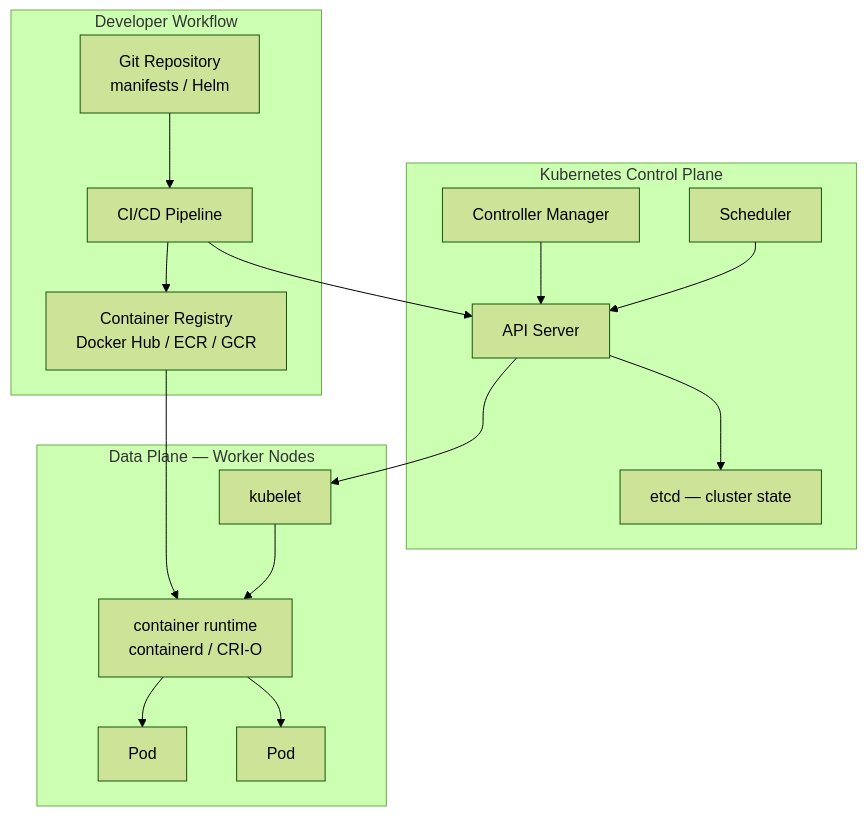
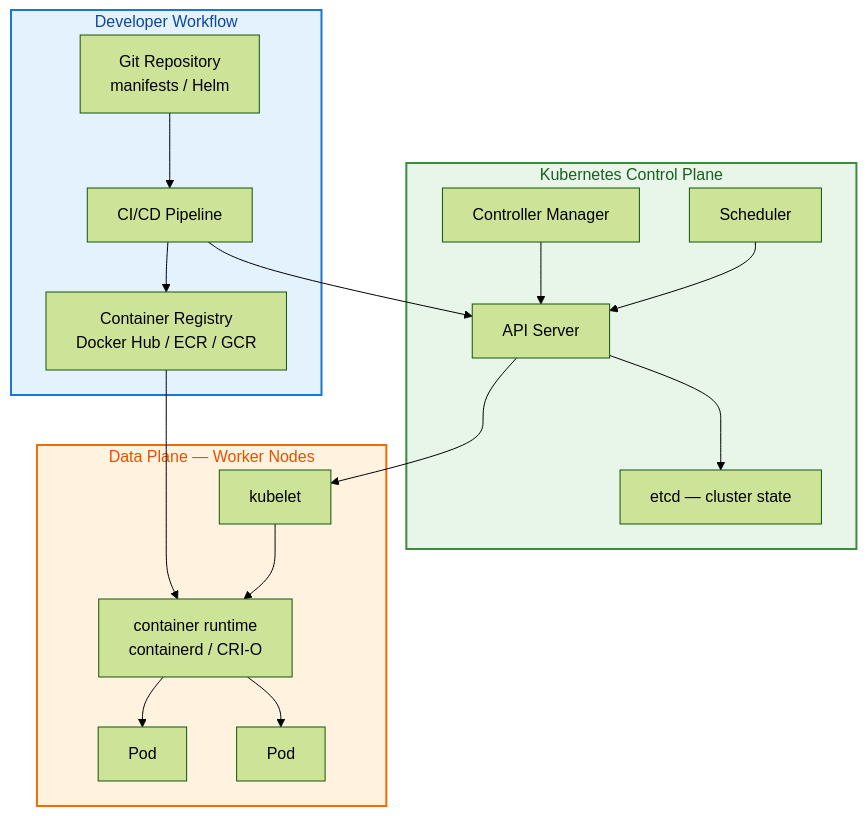
The first of 2 diagrams in docs/kubernetes/introduction-to-kubernetes-and-orchestration.md (rebash-rebash/rebash-academy), drawn with Mermaid (forest theme) before and after one commit. The commit also changed 66 other files, not shown here.

First line of the commit message:
Render Mermaid diagrams as build-time SVGs and fix Learning Paths nav.

````diff
--- a/docs/kubernetes/introduction-to-kubernetes-and-orchestration.md
+++ b/docs/kubernetes/introduction-to-kubernetes-and-orchestration.md
@@ -57,34 +57,37 @@
 ```mermaid
 flowchart TB
     subgraph DEV["Developer Workflow"]
         GIT["Git Repository<br/>manifests / Helm"]
         CI["CI/CD Pipeline"]
         REG["Container Registry<br/>Docker Hub / ECR / GCR"]
     end
 
     subgraph CP["Kubernetes Control Plane"]
         API["API Server"]
         ETCD["etcd — cluster state"]
         SCHED["Scheduler"]
         CM["Controller Manager"]
         API --> ETCD
         SCHED --> API
         CM --> API
     end
 
     subgraph DATA["Data Plane — Worker Nodes"]
         KUBELET["kubelet"]
         RUNTIME["container runtime<br/>containerd / CRI-O"]
         POD1["Pod"]
         POD2["Pod"]
         KUBELET --> RUNTIME
         RUNTIME --> POD1
         RUNTIME --> POD2
     end
 
     GIT --> CI
     CI --> REG
     CI --> API
     REG --> RUNTIME
     API --> KUBELET
+    style DEV fill:#e3f2fd,stroke:#1976d2,stroke-width:2px,color:#0d47a1
+    style CP fill:#e8f5e9,stroke:#388e3c,stroke-width:2px,color:#1b5e20
+    style DATA fill:#fff3e0,stroke:#ef6c00,stroke-width:2px,color:#e65100
 ```
````
